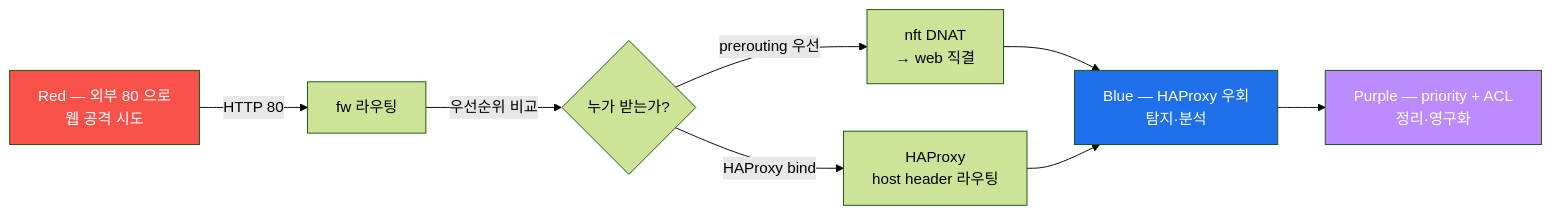
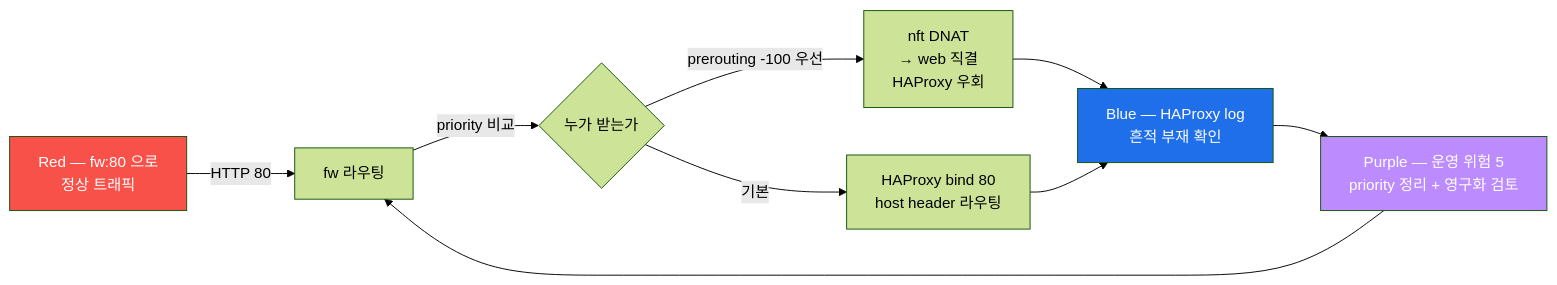
Before and after one commit to mrgrit/ccc: the sixth of 7 diagrams in contents/standalone/lecture/secuops/week03.md, drawn with Mermaid (forest theme). The commit also changed other lines of this file and 1 other file, not shown here.

````diff
--- a/contents/standalone/lecture/secuops/week03.md
+++ b/contents/standalone/lecture/secuops/week03.md
@@ -386,13 +986,14 @@
 ```mermaid
 graph LR
-    R[Red — 외부 80 으로<br/>웹 공격 시도] -->|HTTP 80| FW[fw 라우팅]
-    FW -->|"우선순위 비교"| RES{누가 받는가?}
-    RES -->|prerouting 우선| DNAT[nft DNAT<br/>→ web 직결]
-    RES -->|HAProxy bind| HAP[HAProxy<br/>host header 라우팅]
-    DNAT --> B[Blue — HAProxy 우회<br/>탐지·분석]
+    R["Red — fw:80 으로<br/>정상 트래픽"] -->|HTTP 80| FW[fw 라우팅]
+    FW -->|"priority 비교"| RES{누가 받는가}
+    RES -->|prerouting -100 우선| DNAT["nft DNAT<br/>→ web 직결<br/>HAProxy 우회"]
+    RES -->|기본| HAP["HAProxy bind 80<br/>host header 라우팅"]
+    DNAT --> B[Blue — HAProxy log<br/>흔적 부재 확인]
     HAP --> B
-    B --> P[Purple — priority + ACL<br/>정리·영구화]
+    B --> P["Purple — 운영 위험 5<br/>priority 정리 + 영구화 검토"]
+    P --> FW
     style R fill:#f85149,color:#fff
     style B fill:#1f6feb,color:#fff
     style P fill:#bc8cff,color:#fff
 ```
````
